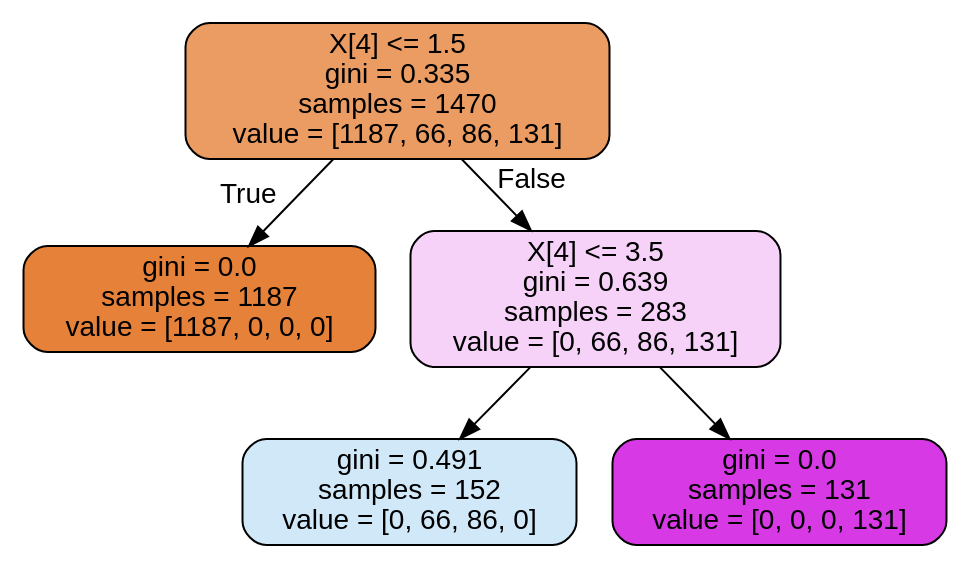
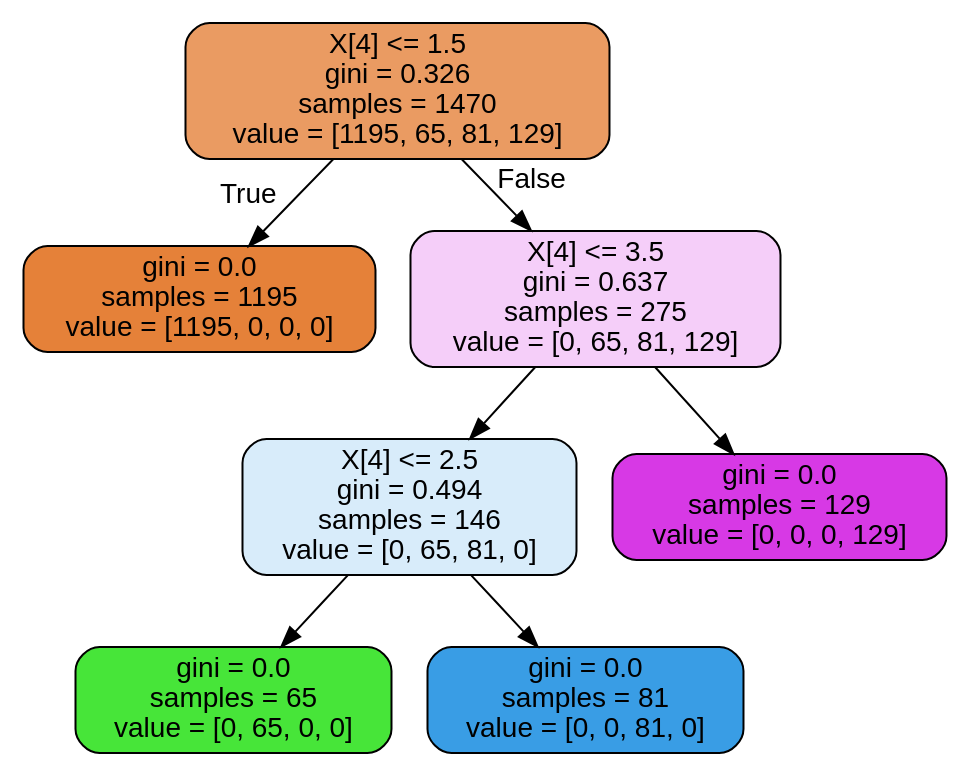
One commit to Teosof/mlearning changed the diagram in lab3/data/transformators.dot. Above: the diagram before and after it, drawn with Graphviz. The commit also changed 2 other files, not shown here.

Commit message:
[#3] add answers and graphics

```diff
--- a/lab3/data/transformators.dot
+++ b/lab3/data/transformators.dot
@@ -1,13 +1,17 @@
 digraph Tree {
 node [shape=box, style="filled, rounded", color="black", fontname=helvetica] ;
 edge [fontname=helvetica] ;
-0 [label="X[4] <= 1.5\ngini = 0.335\nsamples = 1470\nvalue = [1187, 66, 86, 131]", fillcolor="#ea9c63"] ;
-1 [label="gini = 0.0\nsamples = 1187\nvalue = [1187, 0, 0, 0]", fillcolor="#e58139"] ;
+0 [label="X[4] <= 1.5\ngini = 0.326\nsamples = 1470\nvalue = [1195, 65, 81, 129]", fillcolor="#ea9b62"] ;
+1 [label="gini = 0.0\nsamples = 1195\nvalue = [1195, 0, 0, 0]", fillcolor="#e58139"] ;
 0 -> 1 [labeldistance=2.5, labelangle=45, headlabel="True"] ;
-2 [label="X[4] <= 3.5\ngini = 0.639\nsamples = 283\nvalue = [0, 66, 86, 131]", fillcolor="#f6d2f9"] ;
+2 [label="X[4] <= 3.5\ngini = 0.637\nsamples = 275\nvalue = [0, 65, 81, 129]", fillcolor="#f5cef9"] ;
 0 -> 2 [labeldistance=2.5, labelangle=-45, headlabel="False"] ;
-3 [label="gini = 0.491\nsamples = 152\nvalue = [0, 66, 86, 0]", fillcolor="#d1e8f9"] ;
+3 [label="X[4] <= 2.5\ngini = 0.494\nsamples = 146\nvalue = [0, 65, 81, 0]", fillcolor="#d8ecfa"] ;
 2 -> 3 ;
-4 [label="gini = 0.0\nsamples = 131\nvalue = [0, 0, 0, 131]", fillcolor="#d739e5"] ;
-2 -> 4 ;
+4 [label="gini = 0.0\nsamples = 65\nvalue = [0, 65, 0, 0]", fillcolor="#47e539"] ;
+3 -> 4 ;
+5 [label="gini = 0.0\nsamples = 81\nvalue = [0, 0, 81, 0]", fillcolor="#399de5"] ;
+3 -> 5 ;
+6 [label="gini = 0.0\nsamples = 129\nvalue = [0, 0, 0, 129]", fillcolor="#d739e5"] ;
+2 -> 6 ;
 }
```
